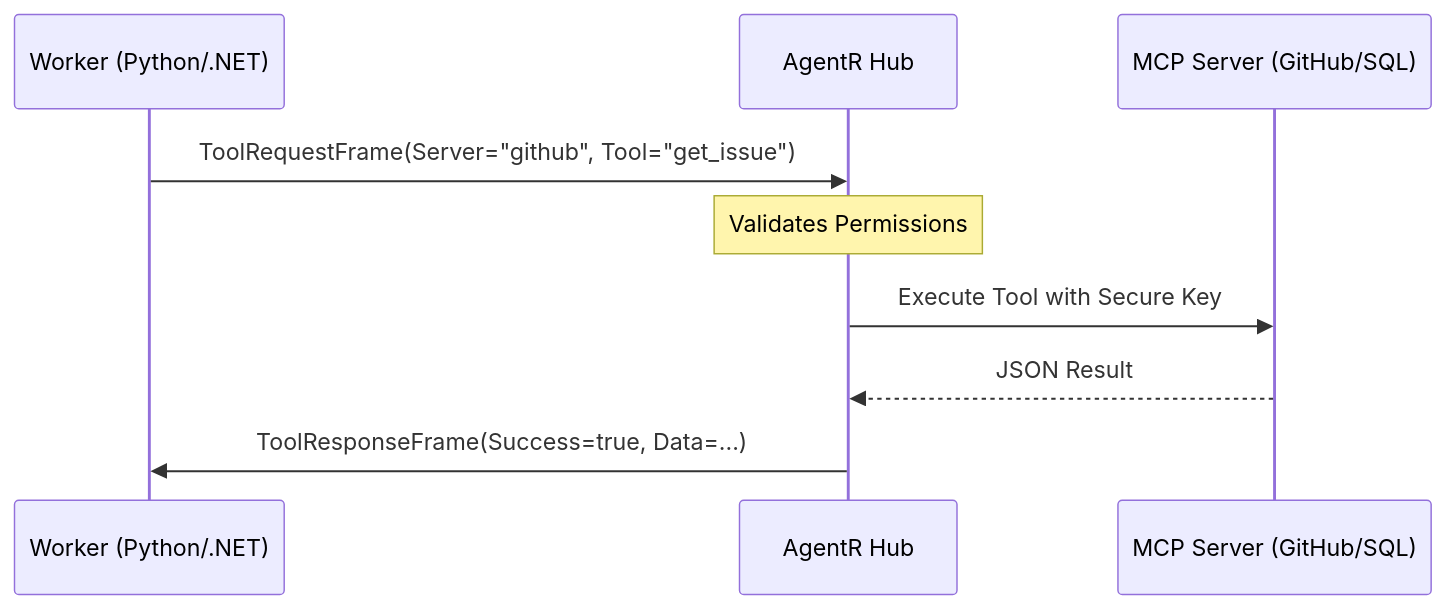
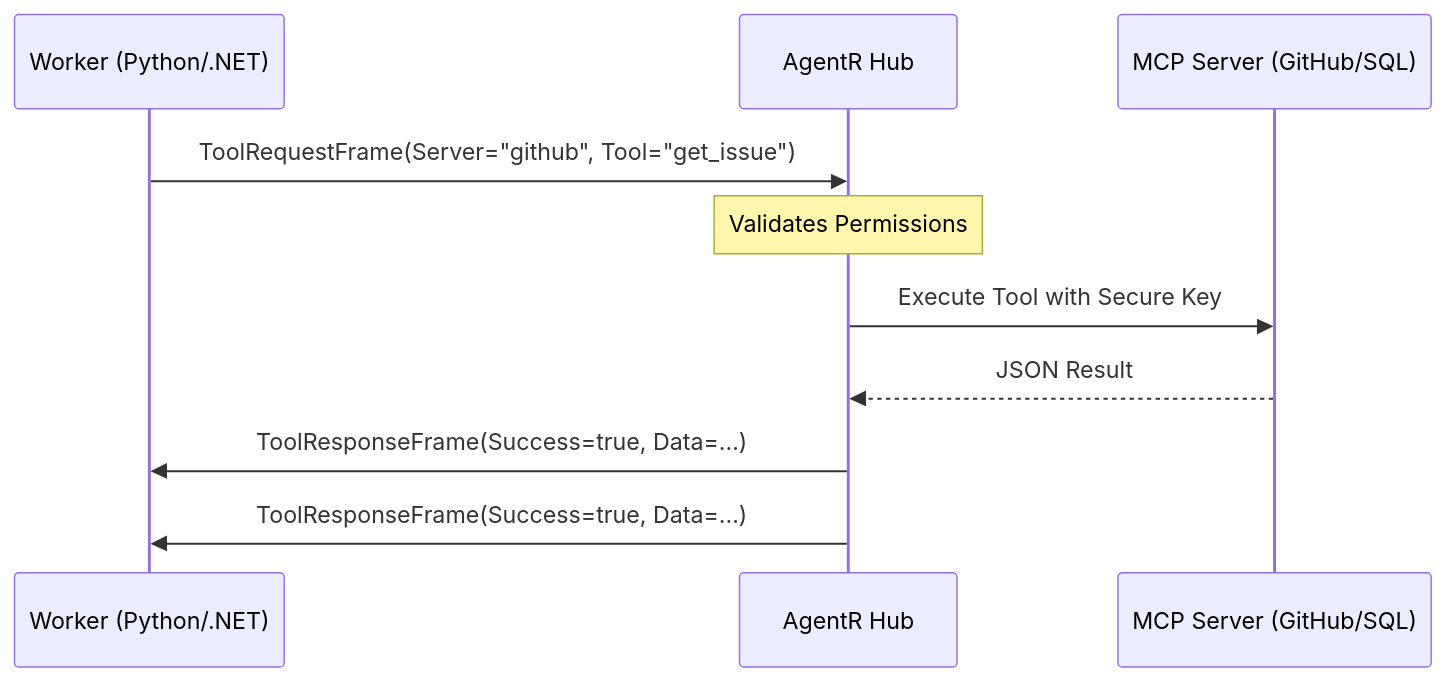
Before and after one commit to Digvijay/AgentR: the diagram in docs/MCP_GATEWAY.md, drawn with Mermaid. The commit also changed other lines of this file and 74 other files, not shown here.

````diff
--- a/docs/MCP_GATEWAY.md
+++ b/docs/MCP_GATEWAY.md
@@ -15,12 +15,13 @@
 ```mermaid
 sequenceDiagram
     participant Agent as Worker (Python/.NET)
     participant Hub as AgentR Hub
     participant MCP as MCP Server (GitHub/SQL)
 
     Agent->>Hub: ToolRequestFrame(Server="github", Tool="get_issue")
     Note over Hub: Validates Permissions
     Hub->>MCP: Execute Tool with Secure Key
     MCP-->>Hub: JSON Result
     Hub->>Agent: ToolResponseFrame(Success=true, Data=...)
+    Hub->>Agent: ToolResponseFrame(Success=true, Data=...)
 ```
````
